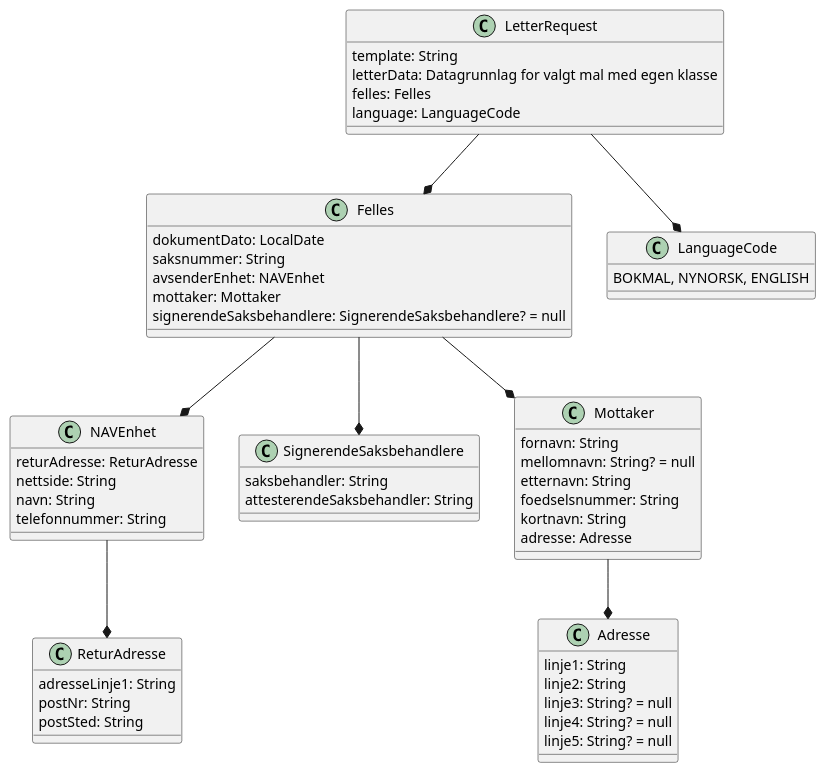
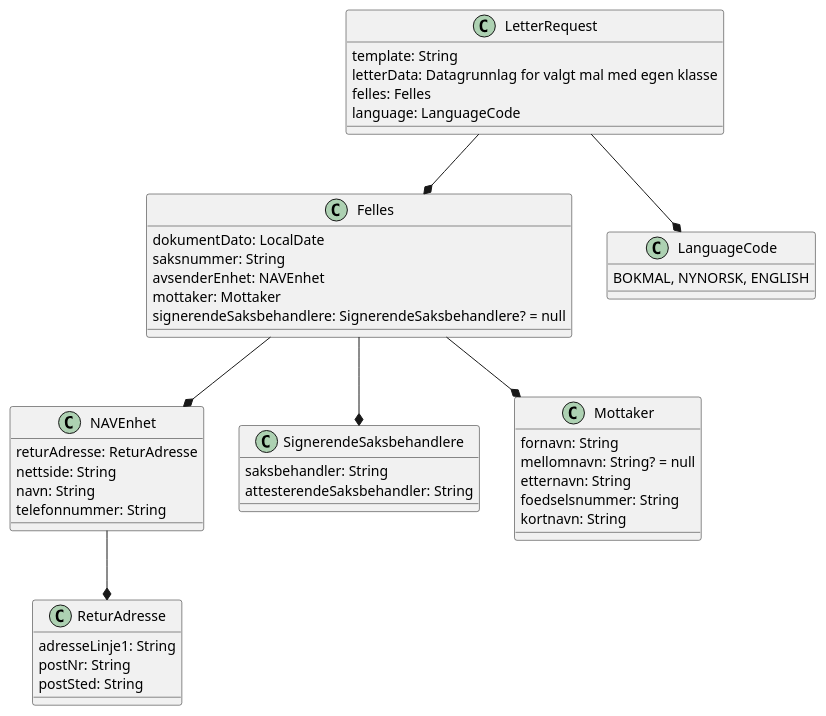
One commit to navikt/pensjonsbrev changed the second of 3 diagrams in docs/brevbaker_pdfbygger_beskrivelse.adoc. Above: the diagram before and after it, drawn with PlantUML. The commit also changed 8 other files, not shown here.

```diff
--- a/docs/brevbaker_pdfbygger_beskrivelse.adoc
+++ b/docs/brevbaker_pdfbygger_beskrivelse.adoc
@@ -25,65 +25,55 @@
 [plantuml, target=img/datagrunnlag-letterrequest, format=svg]
 ....
 class LetterRequest{
     template: String
     letterData: Datagrunnlag for valgt mal med egen klasse
     felles: Felles
     language: LanguageCode
 }
 LetterRequest --* Felles
 LetterRequest --* LanguageCode
 
 class LanguageCode {
     BOKMAL, NYNORSK, ENGLISH
 }
 
 class Felles{
     dokumentDato: LocalDate
     saksnummer: String
     avsenderEnhet: NAVEnhet
     mottaker: Mottaker
     signerendeSaksbehandlere: SignerendeSaksbehandlere? = null
 }
 
 Felles --* NAVEnhet
 Felles --* SignerendeSaksbehandlere
 Felles --* Mottaker
 
 class ReturAdresse{
     adresseLinje1: String
     postNr: String
     postSted: String
 }
 
 class SignerendeSaksbehandlere{
     saksbehandler: String
     attesterendeSaksbehandler: String
 }
 
 class Mottaker{
     fornavn: String
     mellomnavn: String? = null
     etternavn: String
     foedselsnummer: String
     kortnavn: String
-    adresse: Adresse
-}
-Mottaker --* Adresse
-
-class Adresse{
-    linje1: String
-    linje2: String
-    linje3: String? = null
-    linje4: String? = null
-    linje5: String? = null
 }
 
 class NAVEnhet{
     returAdresse: ReturAdresse
     nettside: String
     navn: String
     telefonnummer: String
 }
 
 NAVEnhet --* ReturAdresse
 ....
```
